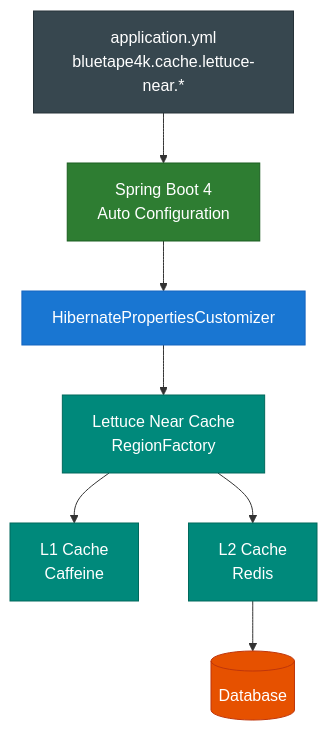
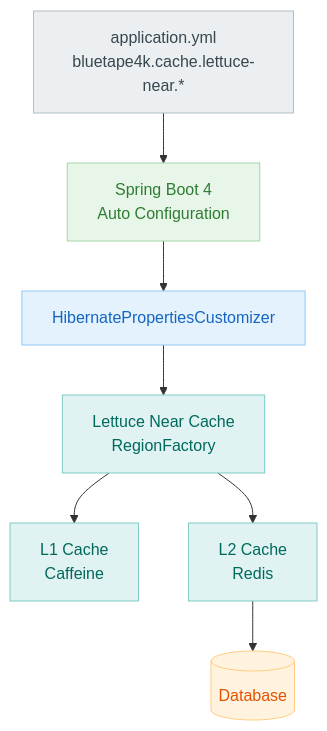
The second of 2 diagrams in spring-boot4/hibernate-lettuce/README.ko.md (bluetape4k/bluetape4k-projects), drawn with Mermaid before and after one commit. The commit also changed other lines of this file and 219 other files, not shown here.

First line of the commit message:
docs: 전체 README Mermaid 다이어그램 가이드 적용

````diff
--- a/spring-boot4/hibernate-lettuce/README.ko.md
+++ b/spring-boot4/hibernate-lettuce/README.ko.md
@@ -58,29 +58,29 @@
 ```mermaid
 flowchart TD
     Props["application.yml<br/>bluetape4k.cache.lettuce-near.*"]
     AutoConfig["Spring Boot 4<br/>Auto Configuration"]
     Customizer["HibernatePropertiesCustomizer"]
     RegionFactory["Lettuce Near Cache<br/>RegionFactory"]
     L1["L1 Cache<br/>Caffeine"]
     L2["L2 Cache<br/>Redis"]
     DB[("Database")]
 
     Props --> AutoConfig
     AutoConfig --> Customizer
     Customizer --> RegionFactory
     RegionFactory --> L1
     RegionFactory --> L2
     L2 --> DB
 
-    classDef configStyle fill:#37474F,stroke:#263238,color:#FFFFFF
-    classDef autoStyle fill:#2E7D32,stroke:#1B5E20,color:#FFFFFF
-    classDef customizerStyle fill:#1976D2,stroke:#1565C0,color:#FFFFFF
-    classDef cacheStyle fill:#00897B,stroke:#00695C,color:#FFFFFF
-    classDef dbStyle fill:#E65100,stroke:#BF360C,color:#FFFFFF
+    classDef configStyle fill:#ECEFF1,stroke:#B0BEC5,color:#37474F
+    classDef autoStyle fill:#E8F5E9,stroke:#A5D6A7,color:#2E7D32
+    classDef customizerStyle fill:#E3F2FD,stroke:#90CAF9,color:#1565C0
+    classDef cacheStyle fill:#E0F2F1,stroke:#80CBC4,color:#00695C
+    classDef dbStyle fill:#FFF3E0,stroke:#FFCC80,color:#E65100
 
     class Props configStyle
     class AutoConfig autoStyle
     class Customizer customizerStyle
     class RegionFactory,L1,L2 cacheStyle
     class DB dbStyle
 ```
````
